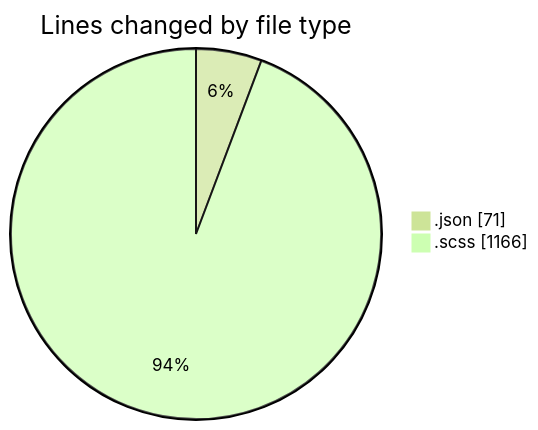
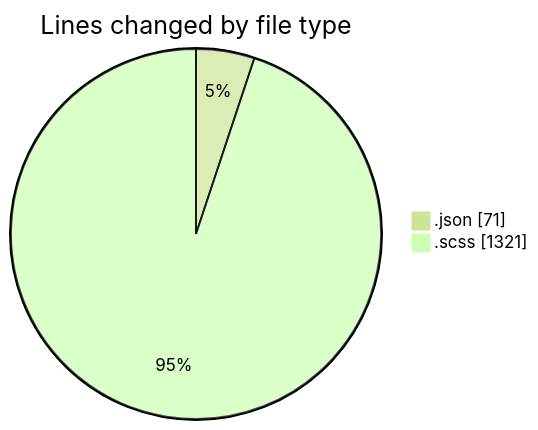
The first of 2 diagrams in 2026-01-22/cda/README.md (momahboobian/code-tracking), drawn with Mermaid (forest theme) before and after one commit. The commit also changed other lines of this file and 1 other file, not shown here.

````diff
--- a/2026-01-22/cda/README.md
+++ b/2026-01-22/cda/README.md
@@ -26,6 +28,6 @@
 ```mermaid
 pie showData
 title Lines changed by file type
 ".json" : 71
-".scss" : 1166
+".scss" : 1321
 ```
````
